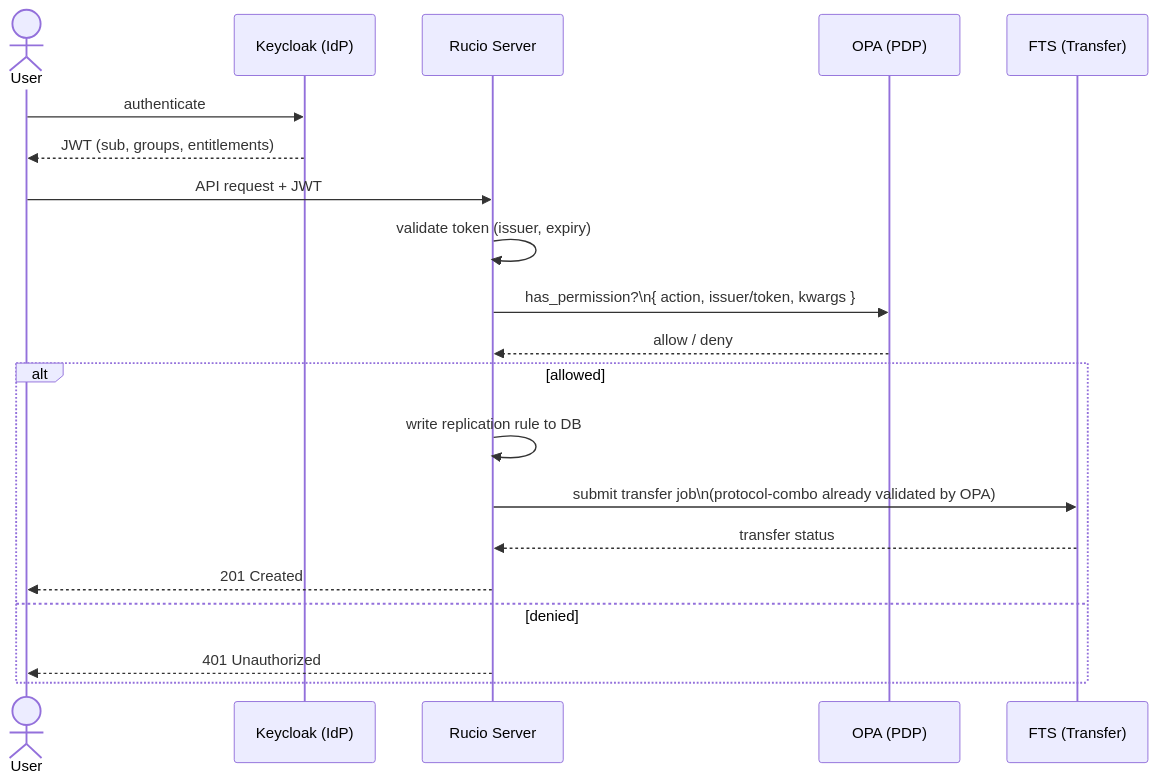
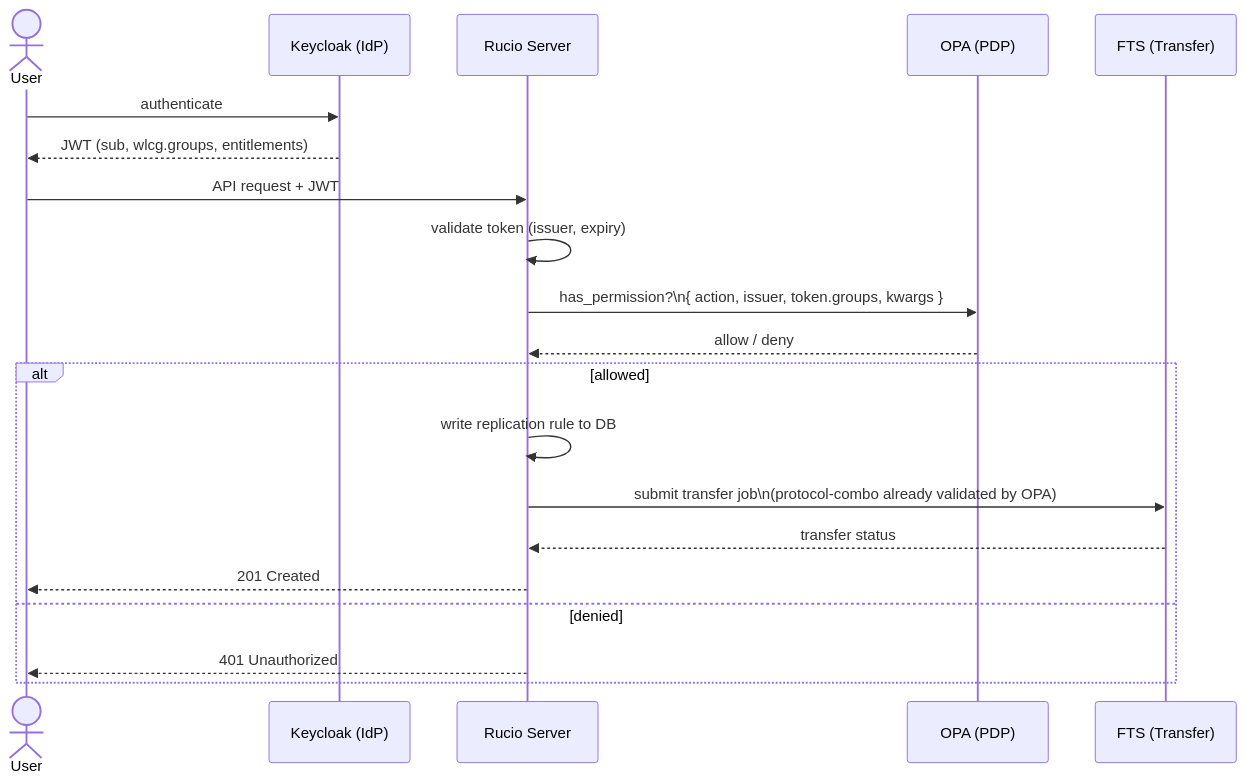
The diagram in README.md (mgajek-cern/opa-policy-package), drawn with Mermaid before and after one commit. The commit also changed other lines of this file and 18 other files, not shown here.

Commit message:
feat(phase4): add OIDC token-native authz via wlcg.groups and Keycloak

````diff
--- a/README.md
+++ b/README.md
@@ -19,25 +22,25 @@
 ```mermaid
 sequenceDiagram
     actor User
     participant KC as Keycloak (IdP)
     participant Rucio as Rucio Server
     participant OPA as OPA (PDP)
     participant FTS as FTS (Transfer)
 
     User->>KC: authenticate
-    KC-->>User: JWT (sub, groups, entitlements)
+    KC-->>User: JWT (sub, wlcg.groups, entitlements)
 
     User->>Rucio: API request + JWT
     Rucio->>Rucio: validate token (issuer, expiry)
-    Rucio->>OPA: has_permission?\n{ action, issuer/token, kwargs }
+    Rucio->>OPA: has_permission?\n{ action, issuer, token.groups, kwargs }
     OPA-->>Rucio: allow / deny
 
     alt allowed
         Rucio->>Rucio: write replication rule to DB
         Rucio->>FTS: submit transfer job\n(protocol-combo already validated by OPA)
         FTS-->>Rucio: transfer status
         Rucio-->>User: 201 Created
     else denied
         Rucio-->>User: 401 Unauthorized
     end
 ```
````
